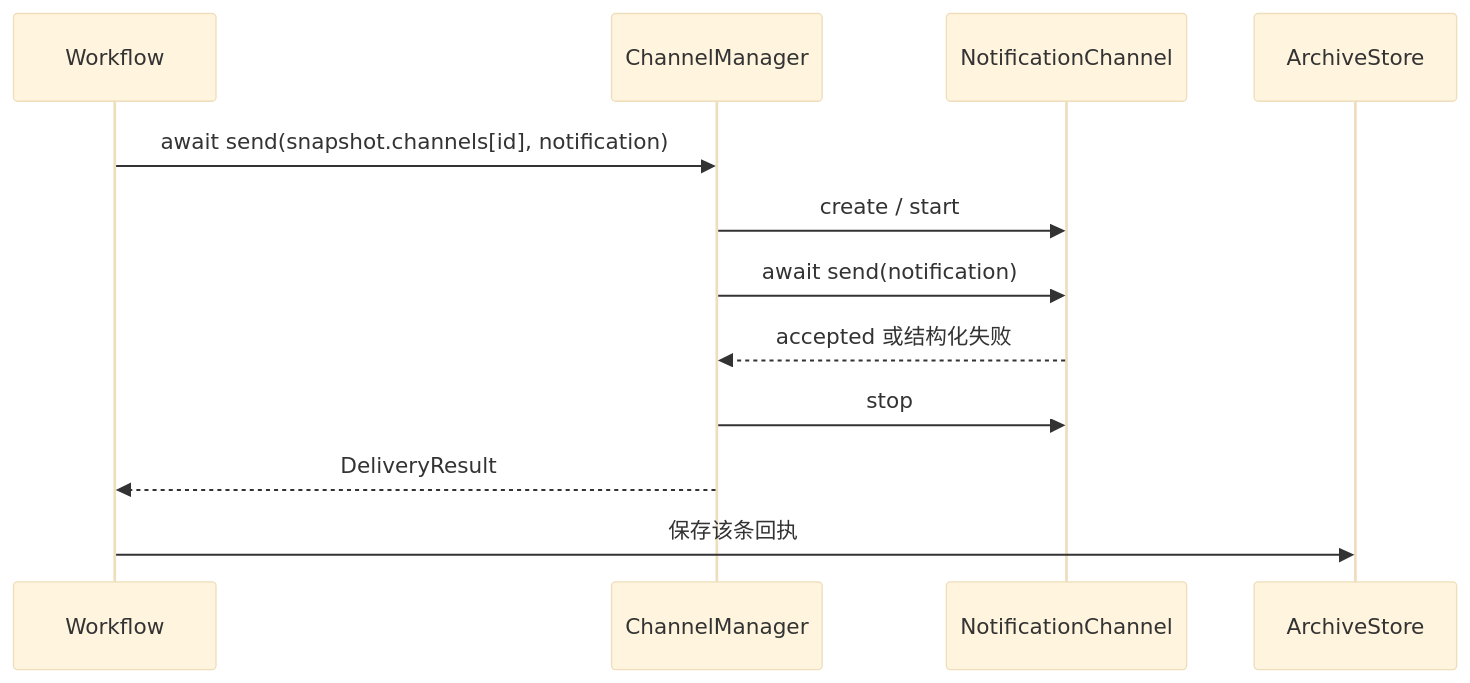
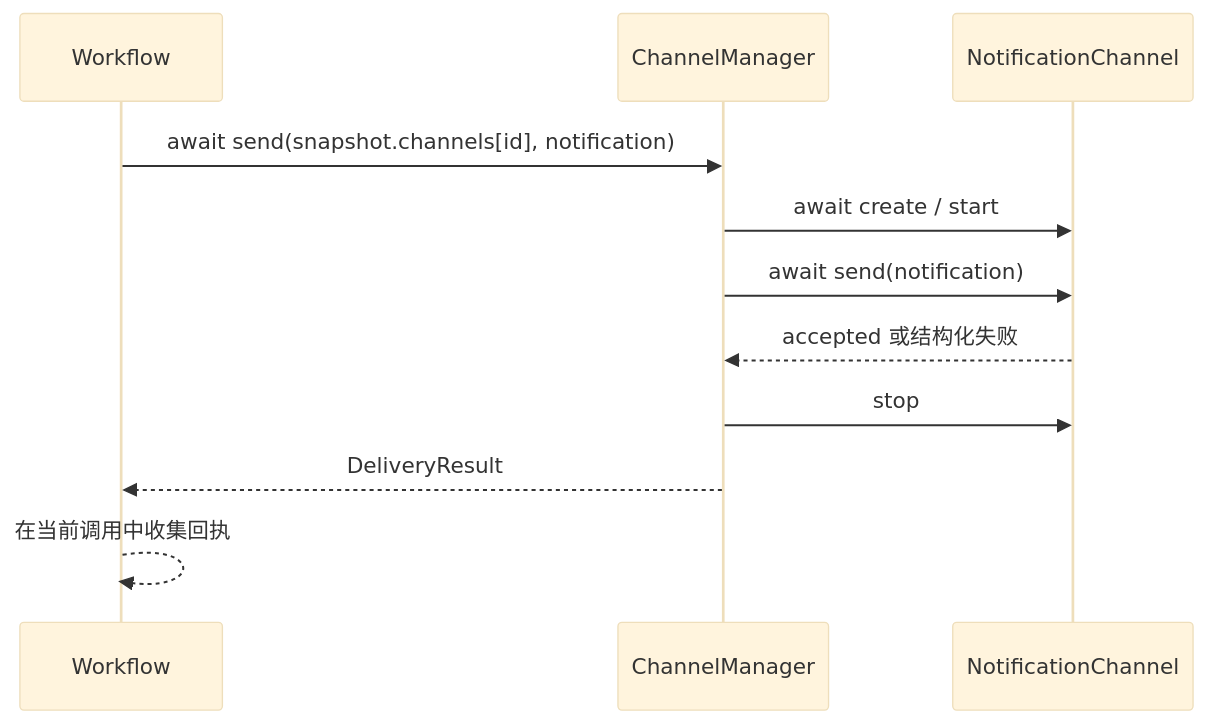
One commit to striiiiiing/WorkFLowWeave changed the diagram in openspec/changes/configurable-collection-analysis-workflow/modules/channel/design.md. Above: the diagram before and after it, drawn with Mermaid (base theme). The commit also changed other lines of this file and 40 other files, not shown here.

````diff
--- a/openspec/changes/configurable-collection-analysis-workflow/modules/channel/design.md
+++ b/openspec/changes/configurable-collection-analysis-workflow/modules/channel/design.md
@@ -32,14 +32,13 @@
 ```mermaid
 sequenceDiagram
     participant W as Workflow
     participant M as ChannelManager
     participant P as NotificationChannel
-    participant A as ArchiveStore
     W->>M: await send(snapshot.channels[id], notification)
-    M->>P: create / start
+    M->>P: await create / start
     M->>P: await send(notification)
     P-->>M: accepted 或结构化失败
     M->>P: stop
     M-->>W: DeliveryResult
-    W->>A: 保存该条回执
+    W-->>W: 在当前调用中收集回执
 ```
````
